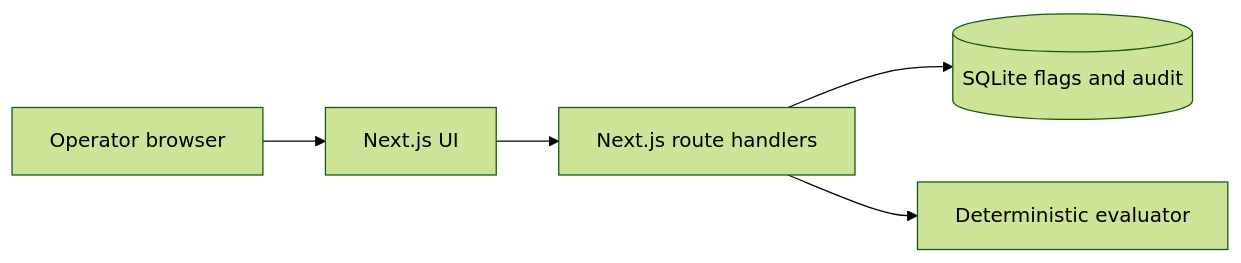
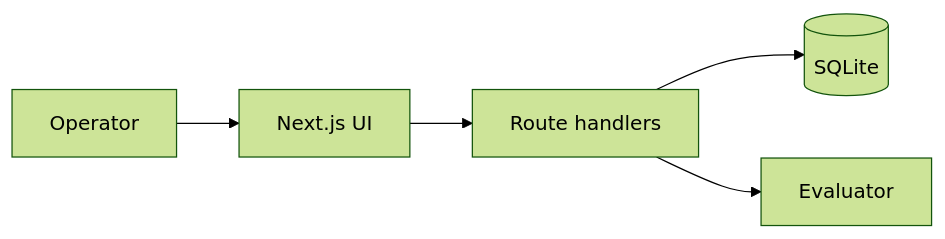
One commit to DARWINFLOREZ10/releasepilot changed the diagram in README.md. Above: the diagram before and after it, drawn with Mermaid (forest theme). The commit also changed other lines of this file and 14 other files, not shown here.

````diff
--- a/README.md
+++ b/README.md
@@ -11,7 +13,7 @@
 ```mermaid
 flowchart LR
-  Operator[Operator browser] --> UI[Next.js UI]
-  UI --> API[Next.js route handlers]
-  API --> DB[(SQLite flags and audit)]
-  API --> Engine[Deterministic evaluator]
+  Operator[Operator] --> UI[Next.js UI]
+  UI --> API[Route handlers]
+  API --> DB[(SQLite)]
+  API --> Engine[Evaluator]
 ```
````
